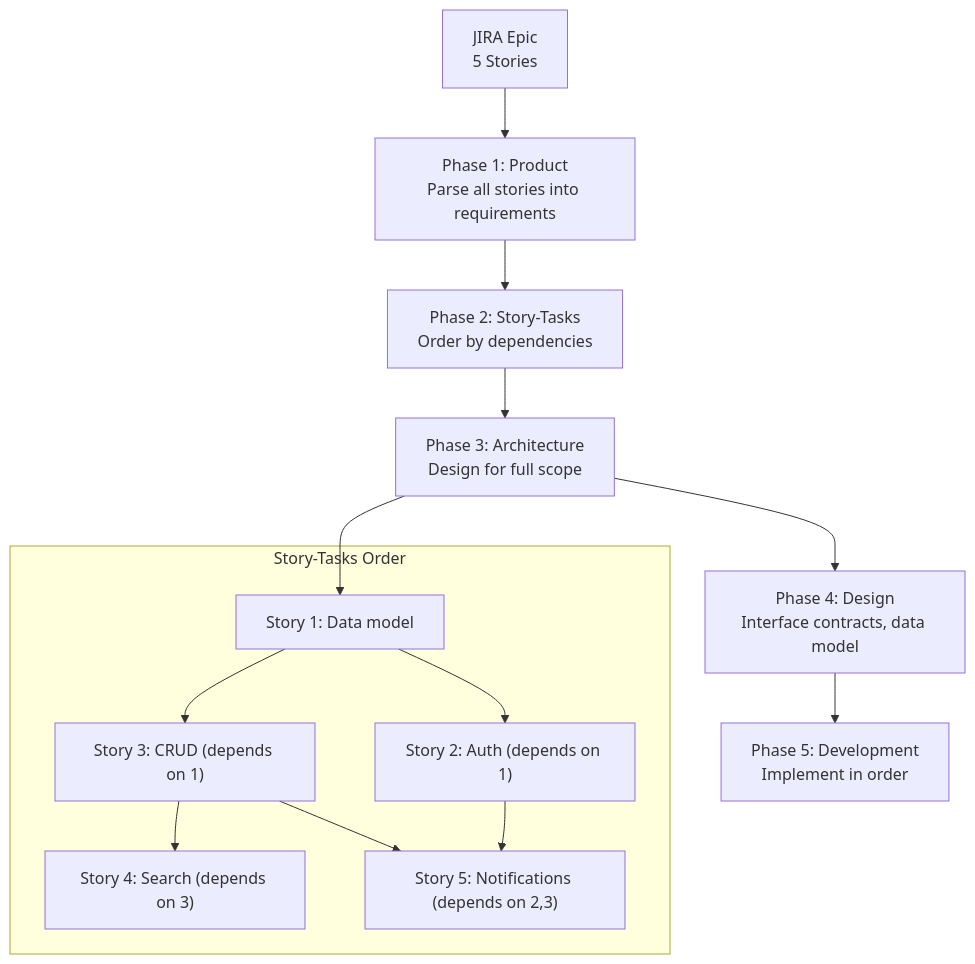
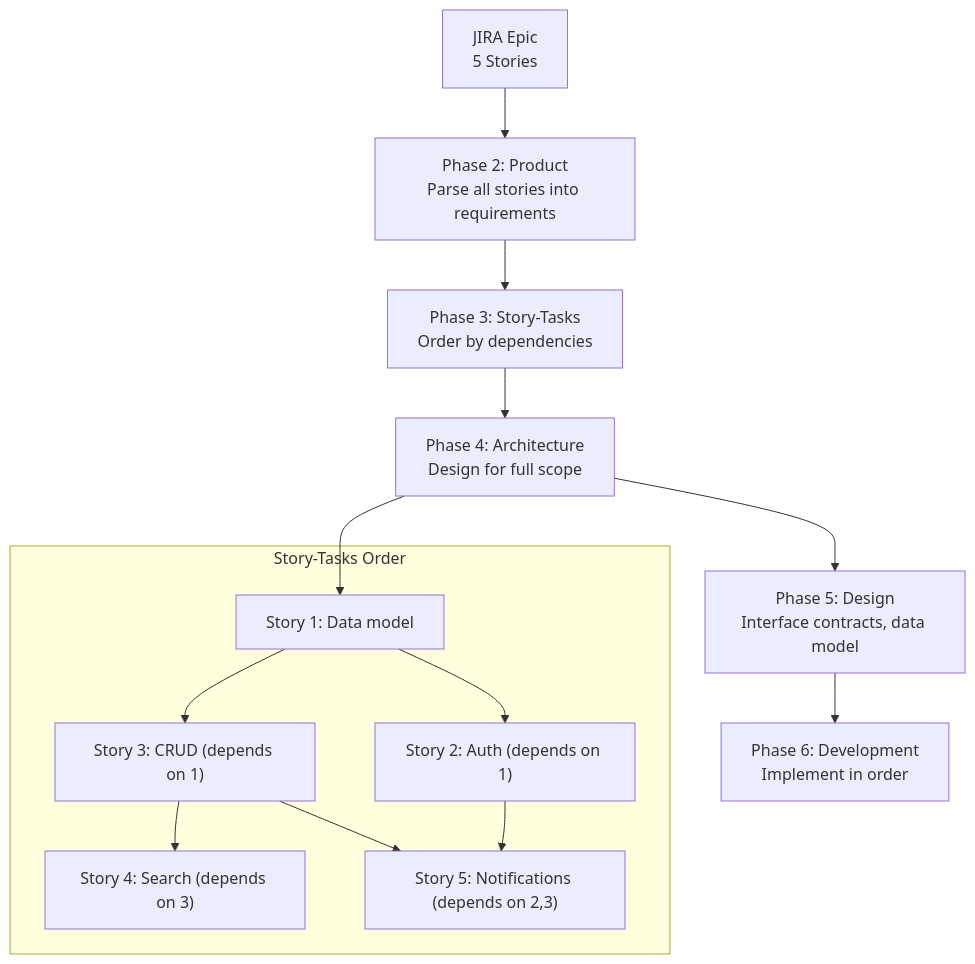
Before and after one commit to bitbitcodes/autonomous-sdlc: the second of 3 diagrams in docs/jira-workflow.md, drawn with Mermaid. The commit also changed other lines of this file and 131 other files, not shown here.

````diff
--- a/docs/jira-workflow.md
+++ b/docs/jira-workflow.md
@@ -242,21 +242,21 @@
 ```mermaid
 flowchart TD
-    EPIC["JIRA Epic<br/>5 Stories"] --> P1["Phase 1: Product<br/>Parse all stories into requirements"]
-    P1 --> P2["Phase 2: Story-Tasks<br/>Order by dependencies"]
-    P2 --> P3["Phase 3: Architecture<br/>Design for full scope"]
-    P3 --> P4["Phase 4: Design<br/>Interface contracts, data model"]
-    P4 --> P5["Phase 5: Development<br/>Implement in order"]
+    EPIC["JIRA Epic<br/>5 Stories"] --> P1["Phase 2: Product<br/>Parse all stories into requirements"]
+    P1 --> P2["Phase 3: Story-Tasks<br/>Order by dependencies"]
+    P2 --> P3["Phase 4: Architecture<br/>Design for full scope"]
+    P3 --> P4["Phase 5: Design<br/>Interface contracts, data model"]
+    P4 --> P5["Phase 6: Development<br/>Implement in order"]
 
     subgraph "Story-Tasks Order"
         T1["Story 1: Data model"]
         T2["Story 2: Auth (depends on 1)"]
         T3["Story 3: CRUD (depends on 1)"]
         T4["Story 4: Search (depends on 3)"]
         T5["Story 5: Notifications (depends on 2,3)"]
         T1 --> T2 & T3
         T3 --> T4
         T2 & T3 --> T5
     end
 
     P3 --> T1
 ```
````
